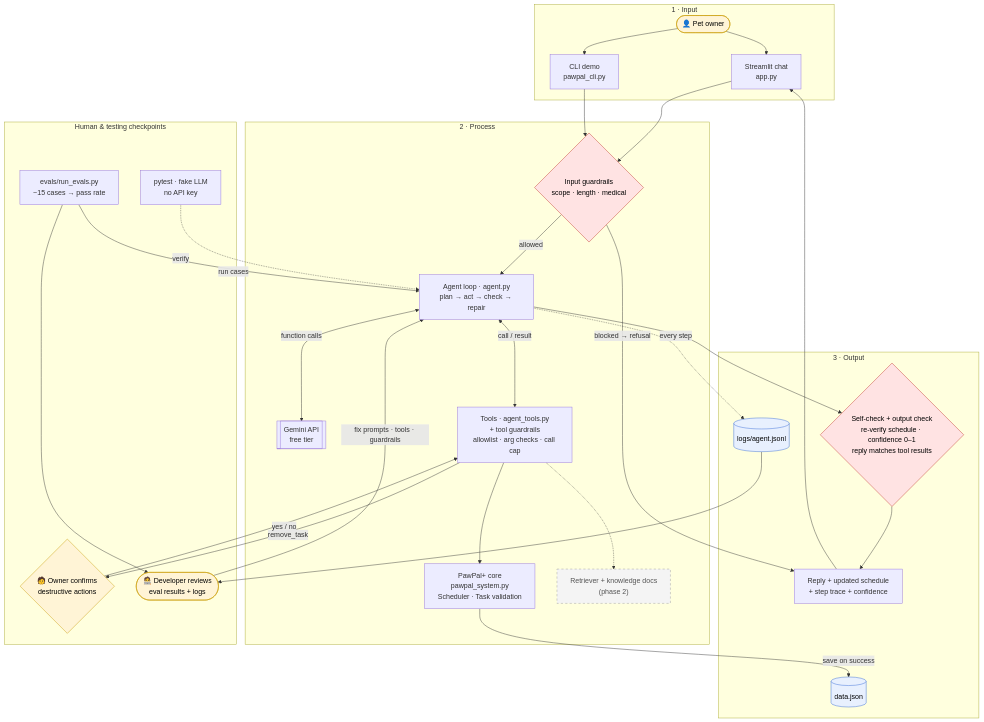
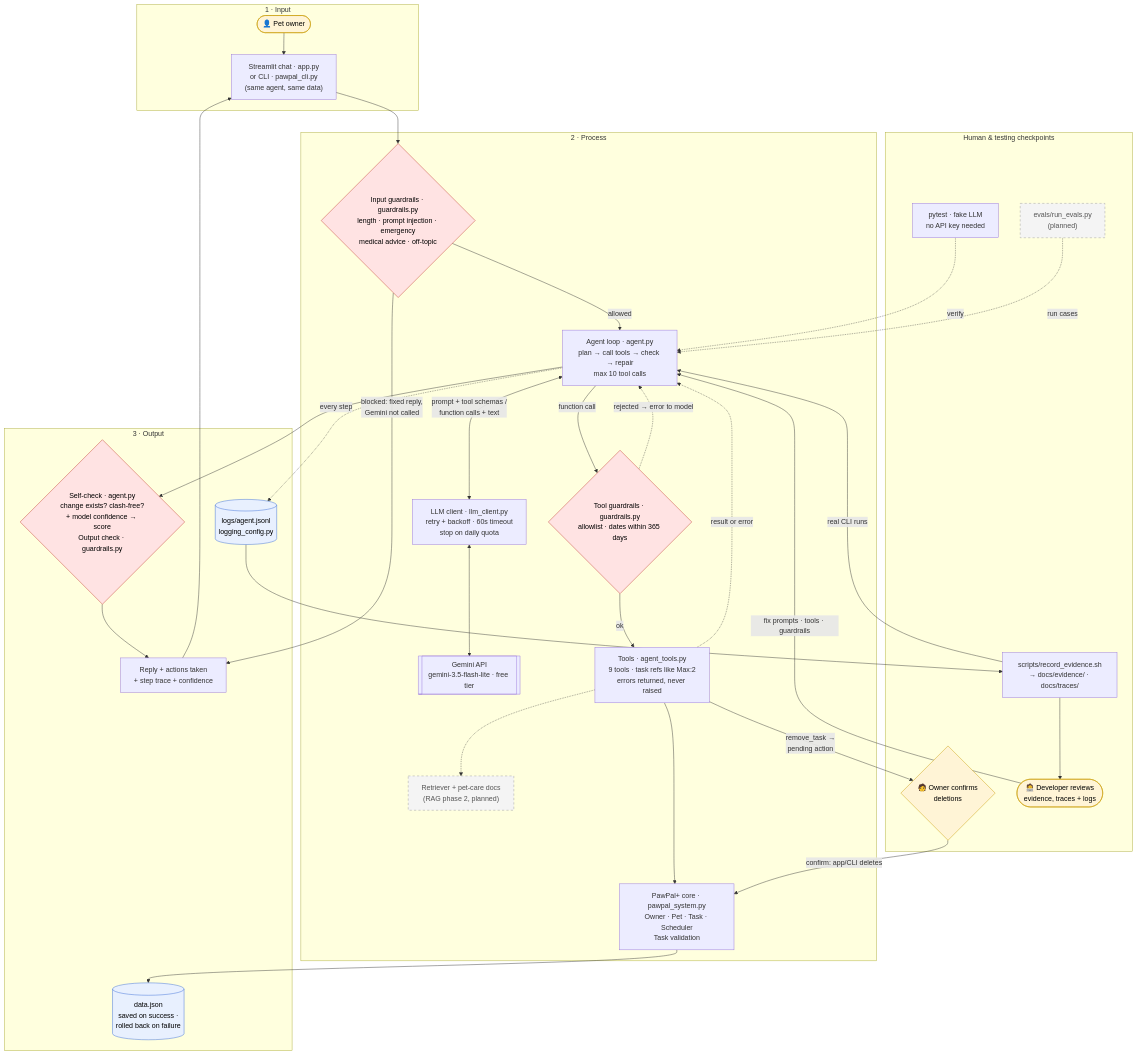
One commit to sedo-swe-22/ai110-applied-ai-system-project changed the diagram in diagrams/architecture.mmd. Above: the diagram before and after it, drawn with Mermaid.

Commit message:
Update architecture diagram to match the code

```diff
--- a/diagrams/architecture.mmd
+++ b/diagrams/architecture.mmd
@@ -1,60 +1,68 @@
-%% PawPal+ AI Agent: system architecture (DRAFT, planned design)
-%% Dashed = RAG phase 2 (not built yet). Update at the end to match the real code.
+%% PawPal+ AI Agent: system architecture (matches the code as of 2026-11-08)
+%% Solid = built. Dashed = planned, not built yet (eval harness, RAG phase 2).
+%% Keep this in sync with the code; the README embeds a copy of this diagram.
 flowchart TB
     subgraph IN["1 · Input"]
         User(["👤 Pet owner"])
-        UI["Streamlit chat<br/>app.py"]
-        CLI["CLI demo<br/>pawpal_cli.py"]
+        UI["Streamlit chat · app.py<br/>or CLI · pawpal_cli.py<br/>(same agent, same data)"]
     end
 
     subgraph PROC["2 · Process"]
-        InGuard{"Input guardrails<br/>scope · length · medical"}
-        Agent["Agent loop · agent.py<br/>plan → act → check → repair"]
-        Gemini[["Gemini API<br/>free tier"]]
-        Tools["Tools · agent_tools.py<br/>+ tool guardrails<br/>allowlist · arg checks · call cap"]
-        Core["PawPal+ core<br/>pawpal_system.py<br/>Scheduler · Task validation"]
-        RAG["Retriever + knowledge docs<br/>(phase 2)"]
+        InGuard{"Input guardrails · guardrails.py<br/>length · prompt injection · emergency<br/>medical advice · off-topic"}
+        Agent["Agent loop · agent.py<br/>plan → call tools → check → repair<br/>max 10 tool calls"]
+        LLM["LLM client · llm_client.py<br/>retry + backoff · 60s timeout<br/>stop on daily quota"]
+        Gemini[["Gemini API<br/>gemini-3.5-flash-lite · free tier"]]
+        ToolGuard{"Tool guardrails · guardrails.py<br/>allowlist · dates within 365 days"}
+        Tools["Tools · agent_tools.py<br/>9 tools · task refs like Max:2<br/>errors returned, never raised"]
+        Core["PawPal+ core · pawpal_system.py<br/>Owner · Pet · Task · Scheduler<br/>Task validation"]
+        RAG["Retriever + pet-care docs<br/>(RAG phase 2, planned)"]
     end
 
     subgraph OUT["3 · Output"]
-        OutGuard{"Self-check + output check<br/>re-verify schedule · confidence 0–1<br/>reply matches tool results"}
-        Reply["Reply + updated schedule<br/>+ step trace + confidence"]
-        Data[("data.json")]
-        Logs[("logs/agent.jsonl")]
+        Check{"Self-check · agent.py<br/>change exists? clash-free?<br/>+ model confidence → score<br/>Output check · guardrails.py"}
+        Reply["Reply + actions taken<br/>+ step trace + confidence"]
+        Data[("data.json<br/>saved on success ·<br/>rolled back on failure")]
+        Logs[("logs/agent.jsonl<br/>logging_config.py")]
     end
 
     subgraph CHECK["Human & testing checkpoints"]
-        Confirm{"🧑 Owner confirms<br/>destructive actions"}
-        Tests["pytest · fake LLM<br/>no API key"]
-        Evals["evals/run_evals.py<br/>~15 cases → pass rate"]
-        Dev(["🧑‍💻 Developer reviews<br/>eval results + logs"])
+        Confirm{"🧑 Owner confirms<br/>deletions"}
+        Tests["pytest · fake LLM<br/>no API key needed"]
+        Evidence["scripts/record_evidence.sh<br/>→ docs/evidence/ · docs/traces/"]
+        Evals["evals/run_evals.py<br/>(planned)"]
+        Dev(["🧑‍💻 Developer reviews<br/>evidence, traces + logs"])
     end
 
     User --> UI --> InGuard
-    User --> CLI --> InGuard
-    InGuard -->|"blocked → refusal"| Reply
+    InGuard -->|"blocked: fixed reply,<br/>Gemini not called"| Reply
     InGuard -->|"allowed"| Agent
-    Agent <-->|"function calls"| Gemini
-    Agent <-->|"call / result"| Tools
+    Agent <-->|"prompt + tool schemas /<br/>function calls + text"| LLM
+    LLM <--> Gemini
+    Agent -->|"function call"| ToolGuard
+    ToolGuard -->|"ok"| Tools
+    Tools -.->|"result or error"| Agent
+    ToolGuard -.->|"rejected → error to model"| Agent
     Tools --> Core
     Tools -.-> RAG
-    Core -->|"save on success"| Data
-    Agent --> OutGuard --> Reply --> UI
+    Core --> Data
+    Agent --> Check --> Reply
+    Reply --> UI
     Agent -.->|"every step"| Logs
 
-    Tools -->|"remove_task"| Confirm
-    Confirm -->|"yes / no"| Tools
+    Tools -->|"remove_task →<br/>pending action"| Confirm
+    Confirm -->|"confirm: app/CLI deletes"| Core
     Tests -.->|"verify"| Agent
-    Evals -->|"run cases"| Agent
-    Evals --> Dev
-    Logs --> Dev
+    Evidence -->|"real CLI runs"| Agent
+    Evals -.->|"run cases"| Agent
+    Logs --> Evidence
+    Evidence --> Dev
     Dev -->|"fix prompts · tools · guardrails"| Agent
 
     classDef human fill:#fff4d6,stroke:#c99a00,color:#000
     classDef guard fill:#ffe3e3,stroke:#c0392b,color:#000
     classDef store fill:#e8f0fe,stroke:#3367d6,color:#000
     classDef future fill:#f4f4f4,stroke:#999,stroke-dasharray:5 5,color:#555
     class User,Confirm,Dev human
-    class InGuard,OutGuard guard
+    class InGuard,ToolGuard,Check guard
     class Data,Logs store
-    class RAG future
+    class RAG,Evals future
```
